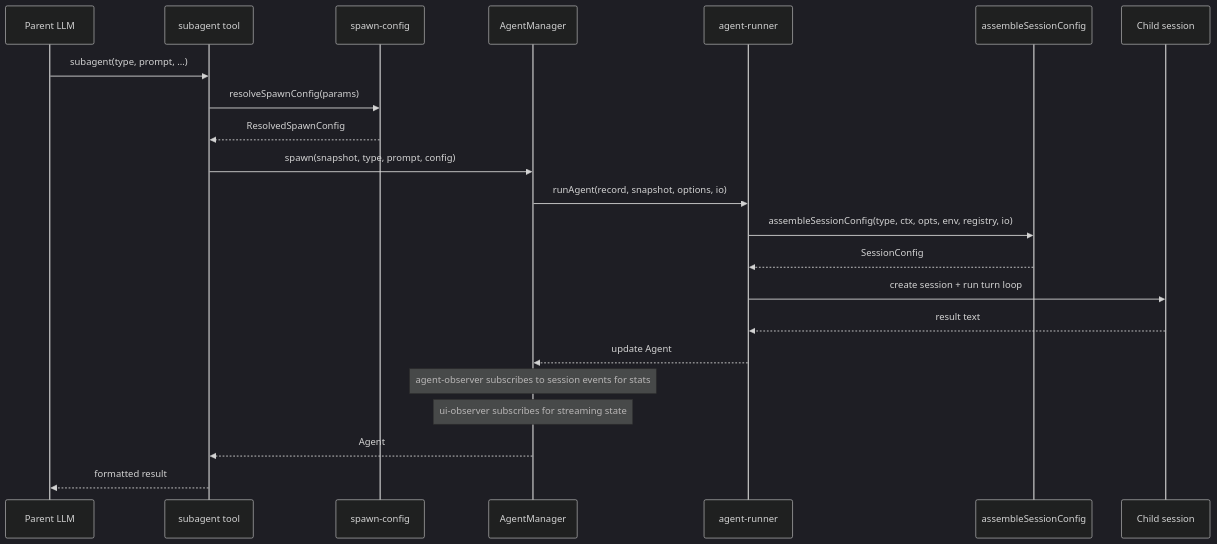
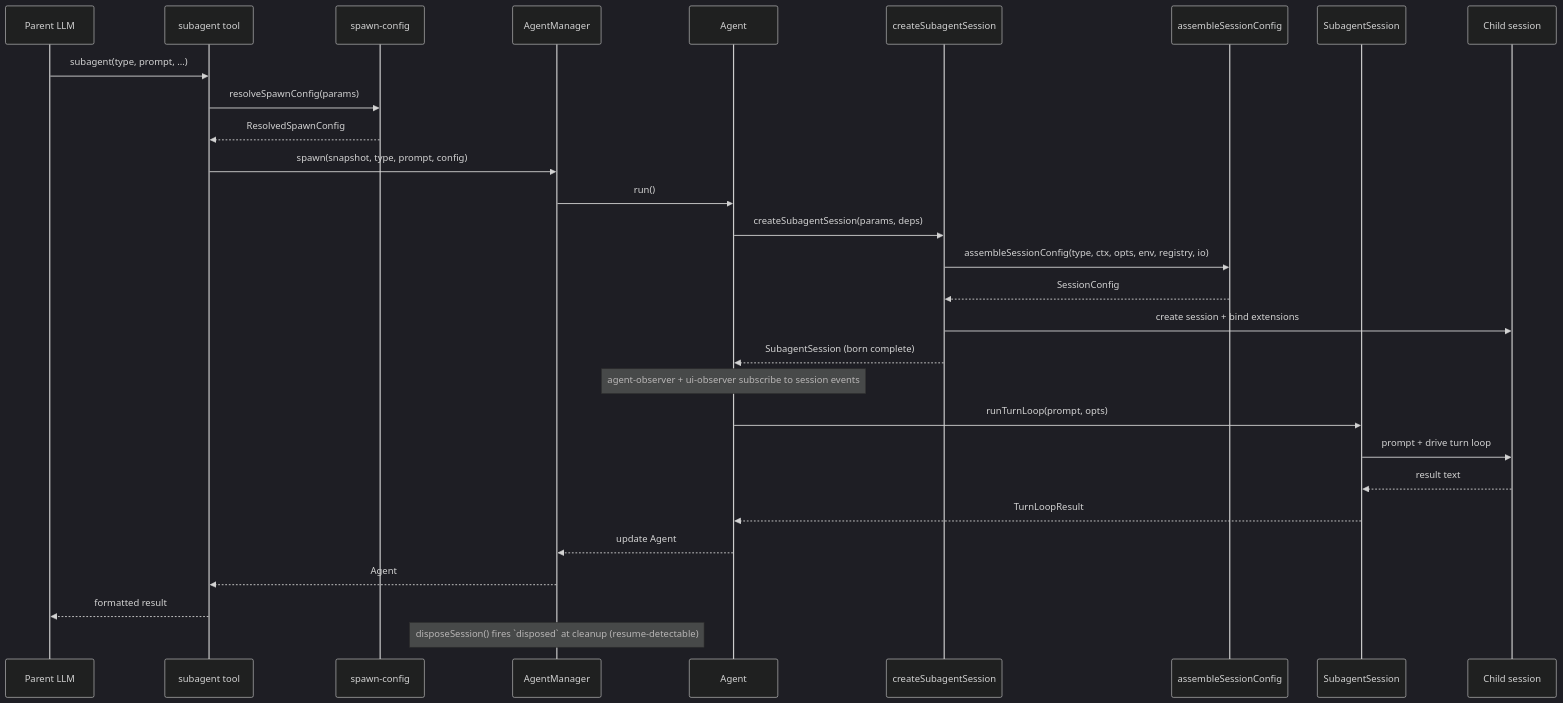
Before and after one commit to ttdua/pi-subagents: the fourth of 6 diagrams in docs/architecture/architecture.md, drawn with Mermaid (dark theme). The commit also changed other lines of this file and 1 other file, not shown here.

Commit message:
docs: record runner dissolution and SubagentSession (#265)

````diff
--- a/docs/architecture/architecture.md
+++ b/docs/architecture/architecture.md
@@ -207,25 +210,32 @@
 ```mermaid
 sequenceDiagram
     participant LLM as Parent LLM
     participant Tool as subagent tool
     participant Spawn as spawn-config
     participant Mgr as AgentManager
-    participant Runner as agent-runner
+    participant Ag as Agent
+    participant Factory as createSubagentSession
     participant Asm as assembleSessionConfig
+    participant Sub as SubagentSession
     participant Child as Child session
 
     LLM->>Tool: subagent(type, prompt, ...)
     Tool->>Spawn: resolveSpawnConfig(params)
     Spawn-->>Tool: ResolvedSpawnConfig
     Tool->>Mgr: spawn(snapshot, type, prompt, config)
-    Mgr->>Runner: runAgent(record, snapshot, options, io)
-    Runner->>Asm: assembleSessionConfig(type, ctx, opts, env, registry, io)
-    Asm-->>Runner: SessionConfig
-    Runner->>Child: create session + run turn loop
-    Child-->>Runner: result text
-    Runner-->>Mgr: update Agent
-    Note over Mgr: agent-observer subscribes to session events for stats
-    Note over Mgr: ui-observer subscribes for streaming state
+    Mgr->>Ag: run()
+    Ag->>Factory: createSubagentSession(params, deps)
+    Factory->>Asm: assembleSessionConfig(type, ctx, opts, env, registry, io)
+    Asm-->>Factory: SessionConfig
+    Factory->>Child: create session + bind extensions
+    Factory-->>Ag: SubagentSession (born complete)
+    Note over Ag: agent-observer + ui-observer subscribe to session events
+    Ag->>Sub: runTurnLoop(prompt, opts)
+    Sub->>Child: prompt + drive turn loop
+    Child-->>Sub: result text
+    Sub-->>Ag: TurnLoopResult
+    Ag-->>Mgr: update Agent
     Mgr-->>Tool: Agent
     Tool-->>LLM: formatted result
+    Note over Mgr: disposeSession() fires `disposed` at cleanup (resume-detectable)
 ```
````
